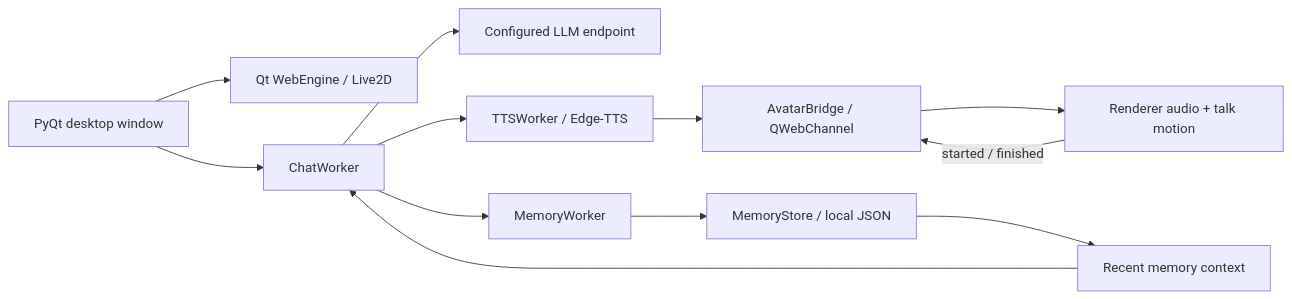
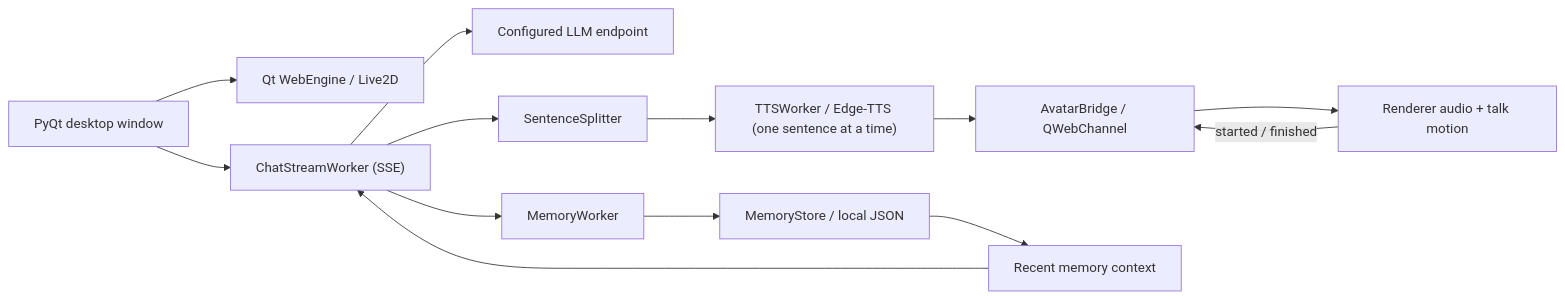
Before and after one commit to Mike-stone12/ai-companion: the diagram in README.md, drawn with Mermaid. The commit also changed other lines of this file and 8 other files, not shown here.

First line of the commit message:
feat: stream replies and speak them sentence by sentence

````diff
--- a/README.md
+++ b/README.md
@@ -42,14 +42,15 @@
 ```mermaid
 flowchart LR
     UI["PyQt desktop window"] --> View["Qt WebEngine / Live2D"]
-    UI --> Chat["ChatWorker"]
+    UI --> Chat["ChatStreamWorker (SSE)"]
     Chat --> API["Configured LLM endpoint"]
-    Chat --> TTS["TTSWorker / Edge-TTS"]
+    Chat --> Split["SentenceSplitter"]
+    Split --> TTS["TTSWorker / Edge-TTS (one sentence at a time)"]
     TTS --> Bridge["AvatarBridge / QWebChannel"]
     Bridge --> Audio["Renderer audio + talk motion"]
     Audio -- "started / finished" --> Bridge
     Chat --> Memory["MemoryWorker"]
     Memory --> Store["MemoryStore / local JSON"]
     Store --> Context["Recent memory context"]
     Context --> Chat
 ```
````
